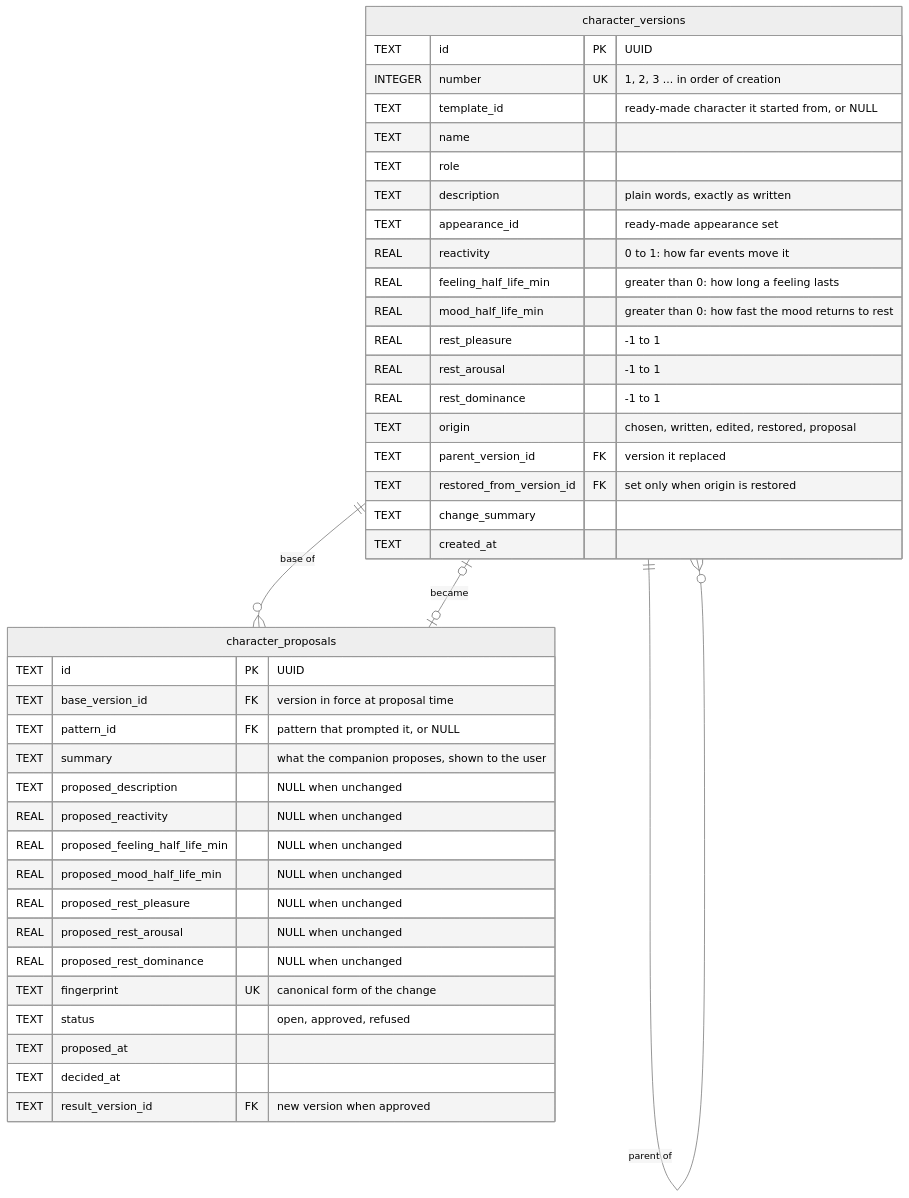
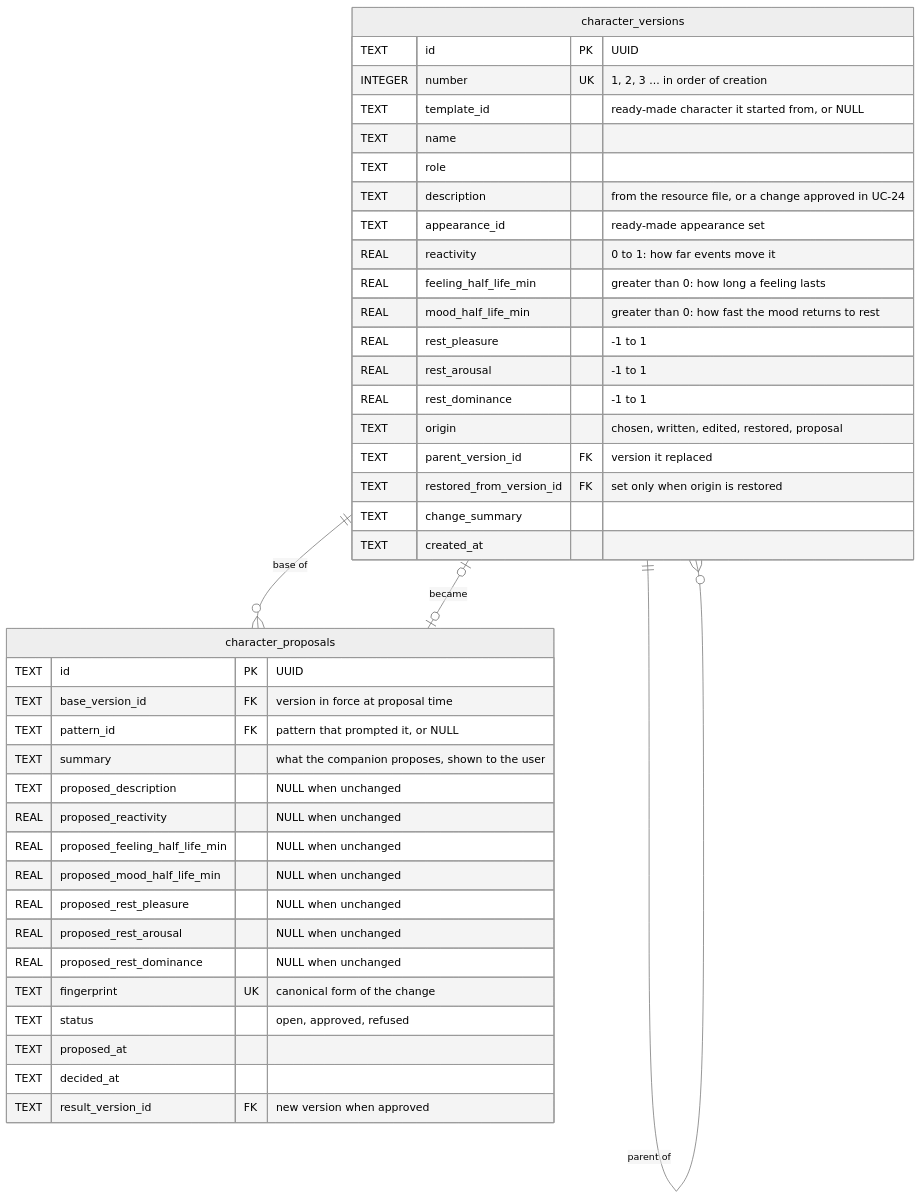
The second of 10 diagrams in docs/ERD.md (NguyenVu04/cognia), drawn with Mermaid (neutral theme) before and after one commit. The commit also changed other lines of this file and 24 other files, not shown here.

````diff
--- a/docs/ERD.md
+++ b/docs/ERD.md
@@ -149,44 +149,44 @@
 ```mermaid
 erDiagram
     character_versions {
         TEXT id PK "UUID"
         INTEGER number UK "1, 2, 3 ... in order of creation"
         TEXT template_id "ready-made character it started from, or NULL"
         TEXT name
         TEXT role
-        TEXT description "plain words, exactly as written"
+        TEXT description "from the resource file, or a change approved in UC-24"
         TEXT appearance_id "ready-made appearance set"
         REAL reactivity "0 to 1: how far events move it"
         REAL feeling_half_life_min "greater than 0: how long a feeling lasts"
         REAL mood_half_life_min "greater than 0: how fast the mood returns to rest"
         REAL rest_pleasure "-1 to 1"
         REAL rest_arousal "-1 to 1"
         REAL rest_dominance "-1 to 1"
         TEXT origin "chosen, written, edited, restored, proposal"
         TEXT parent_version_id FK "version it replaced"
         TEXT restored_from_version_id FK "set only when origin is restored"
         TEXT change_summary
         TEXT created_at
     }
     character_proposals {
         TEXT id PK "UUID"
         TEXT base_version_id FK "version in force at proposal time"
         TEXT pattern_id FK "pattern that prompted it, or NULL"
         TEXT summary "what the companion proposes, shown to the user"
         TEXT proposed_description "NULL when unchanged"
         REAL proposed_reactivity "NULL when unchanged"
         REAL proposed_feeling_half_life_min "NULL when unchanged"
         REAL proposed_mood_half_life_min "NULL when unchanged"
         REAL proposed_rest_pleasure "NULL when unchanged"
         REAL proposed_rest_arousal "NULL when unchanged"
         REAL proposed_rest_dominance "NULL when unchanged"
         TEXT fingerprint UK "canonical form of the change"
         TEXT status "open, approved, refused"
         TEXT proposed_at
         TEXT decided_at
         TEXT result_version_id FK "new version when approved"
     }
     character_versions ||--o{ character_versions : "parent of"
     character_versions ||--o{ character_proposals : "base of"
     character_proposals |o--o| character_versions : "became"
 ```
````
